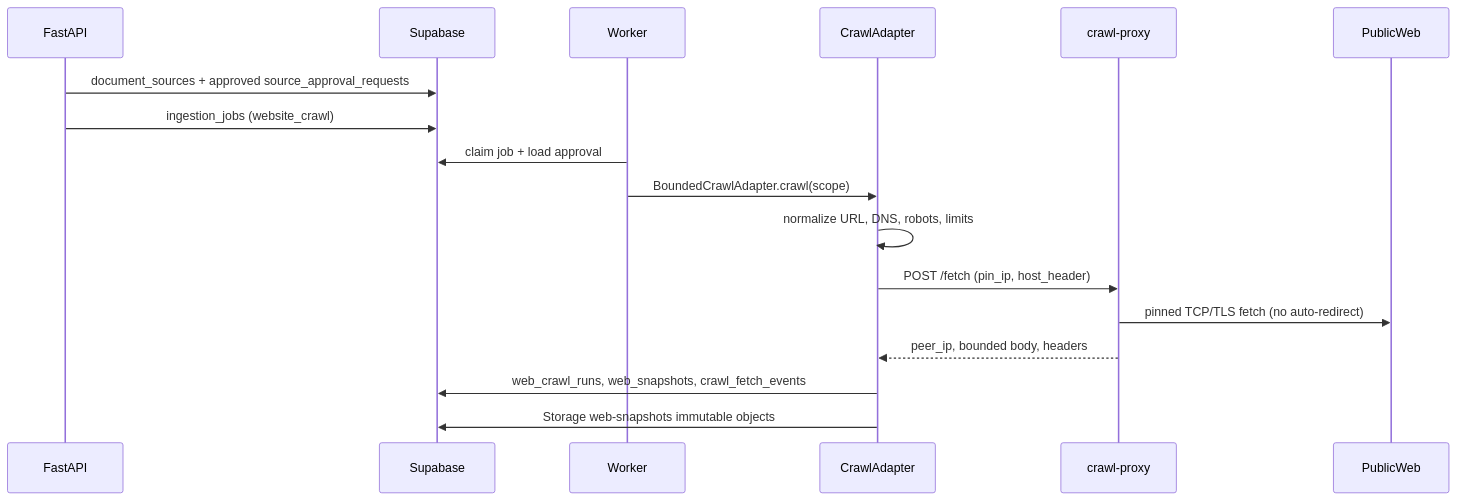
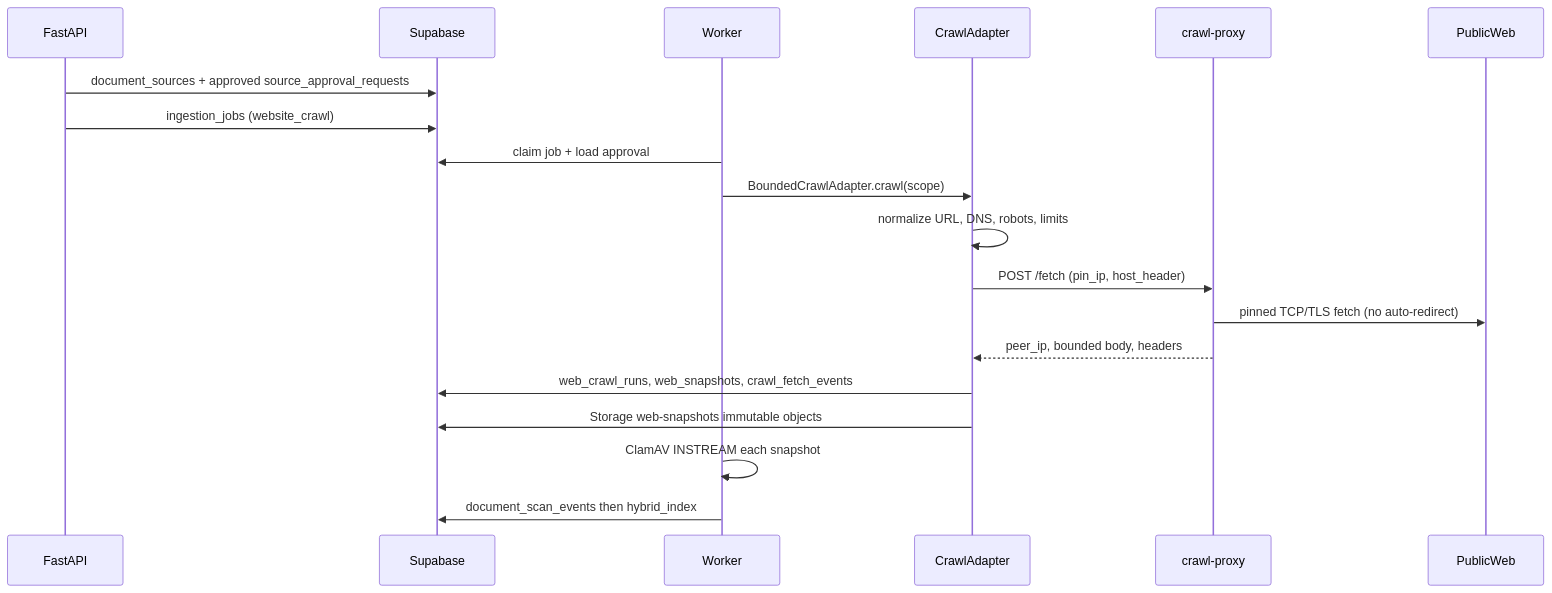
One commit to Nagdy8888/smart-rag changed the diagram in docs/ingestion/CRAWL_POLICY.md. Above: the diagram before and after it, drawn with Mermaid. The commit also changed other lines of this file and 245 other files, not shown here.

````diff
--- a/docs/ingestion/CRAWL_POLICY.md
+++ b/docs/ingestion/CRAWL_POLICY.md
@@ -17,20 +17,22 @@
 ```mermaid
 sequenceDiagram
   participant API as FastAPI
   participant DB as Supabase
   participant Worker as Worker
   participant Core as CrawlAdapter
   participant Proxy as crawl-proxy
   participant Web as PublicWeb
 
   API->>DB: document_sources + approved source_approval_requests
   API->>DB: ingestion_jobs (website_crawl)
   Worker->>DB: claim job + load approval
   Worker->>Core: BoundedCrawlAdapter.crawl(scope)
   Core->>Core: normalize URL, DNS, robots, limits
   Core->>Proxy: POST /fetch (pin_ip, host_header)
   Proxy->>Web: pinned TCP/TLS fetch (no auto-redirect)
   Proxy-->>Core: peer_ip, bounded body, headers
   Core->>DB: web_crawl_runs, web_snapshots, crawl_fetch_events
   Core->>DB: Storage web-snapshots immutable objects
+  Worker->>Worker: ClamAV INSTREAM each snapshot
+  Worker->>DB: document_scan_events then hybrid_index
 ```
````
